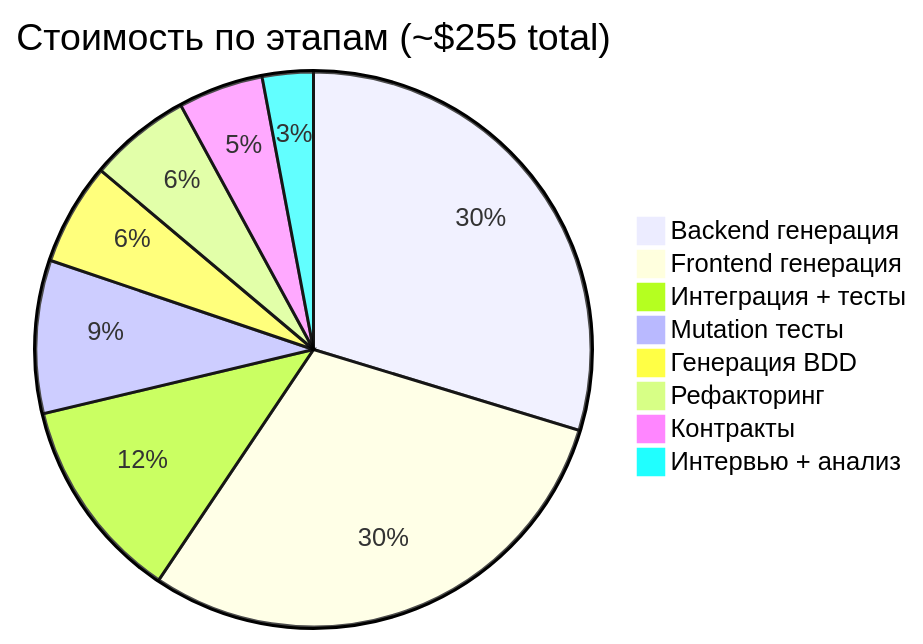
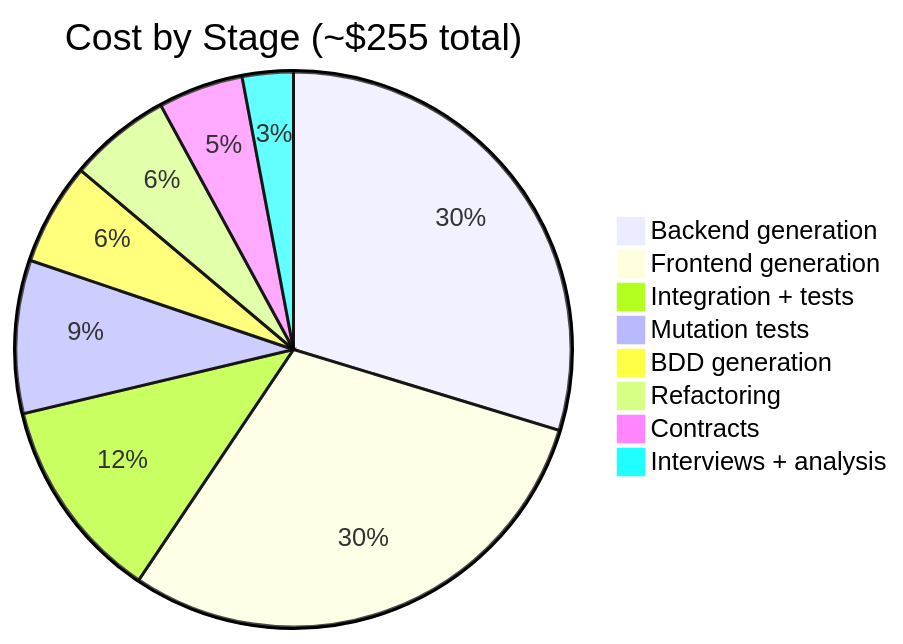
Diagram 16 of 16 in materials/workshop4.md (ad3002/masters-course-2025-vibe-coding), drawn with Mermaid before and after one commit. The commit also changed other lines of this file, not shown here.

````diff
--- a/materials/workshop4.md
+++ b/materials/workshop4.md
@@ -693,11 +693,11 @@
 ```mermaid
-pie title Стоимость по этапам (~$255 total)
-    "Backend генерация" : 30
-    "Frontend генерация" : 30
-    "Интеграция + тесты" : 12
-    "Mutation тесты" : 9
-    "Генерация BDD" : 6
-    "Рефакторинг" : 6
-    "Контракты" : 5
-    "Интервью + анализ" : 3
+pie title Cost by Stage (~$255 total)
+    "Backend generation" : 30
+    "Frontend generation" : 30
+    "Integration + tests" : 12
+    "Mutation tests" : 9
+    "BDD generation" : 6
+    "Refactoring" : 6
+    "Contracts" : 5
+    "Interviews + analysis" : 3
 ```
````
